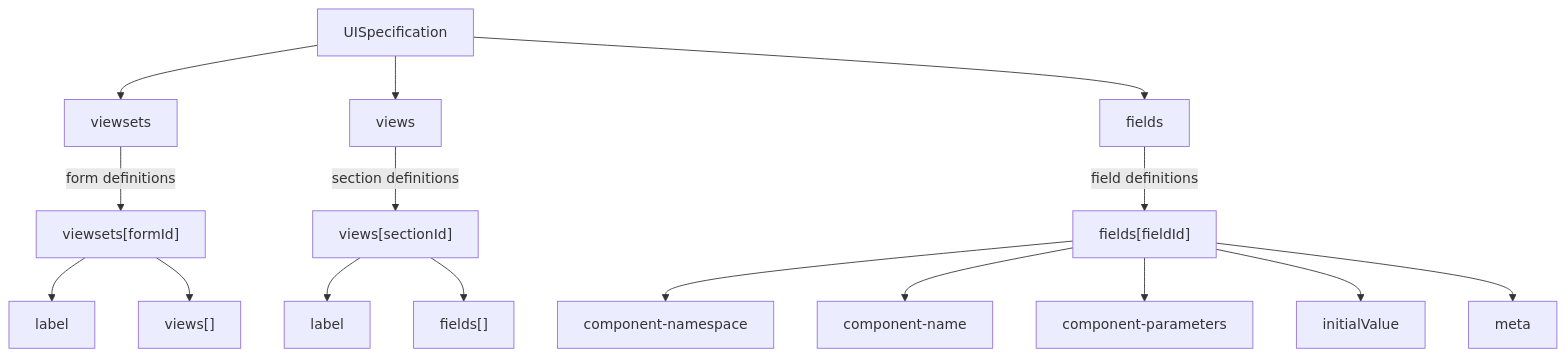
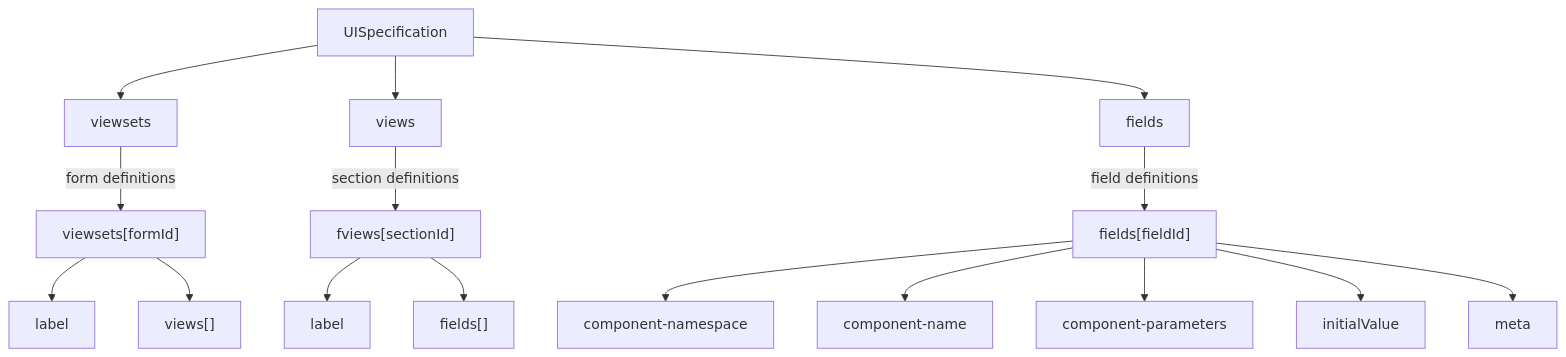
Before and after one commit to FAIMS/FAIMS3: the second of 2 diagrams in docs/developer/docs/source/markdown/forms/01-overview.md, drawn with Mermaid. The commit also changed other lines of this file and 3 other files, not shown here.

````diff
--- a/docs/developer/docs/source/markdown/forms/01-overview.md
+++ b/docs/developer/docs/source/markdown/forms/01-overview.md
@@ -100,21 +75,21 @@
 ```mermaid
 graph TD
     US[UISpecification] --> VS[viewsets]
     US --> V[views]
     US --> FD[fields]
 
     VS -->|form definitions| VSE["viewsets[formId]"]
     VSE --> VSL[label]
     VSE --> VSV["views[]"]
 
-    V -->|section definitions| VE["views[sectionId]"]
+    V -->|section definitions| VE["fviews[sectionId]"]
     VE --> VL[label]
     VE --> VF["fields[]"]
 
     FD -->|field definitions| FDE["fields[fieldId]"]
     FDE --> CN[component-namespace]
     FDE --> CNM[component-name]
     FDE --> CP[component-parameters]
     FDE --> IV[initialValue]
     FDE --> M[meta]
 ```
````
